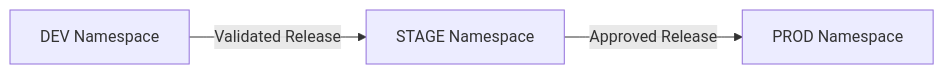
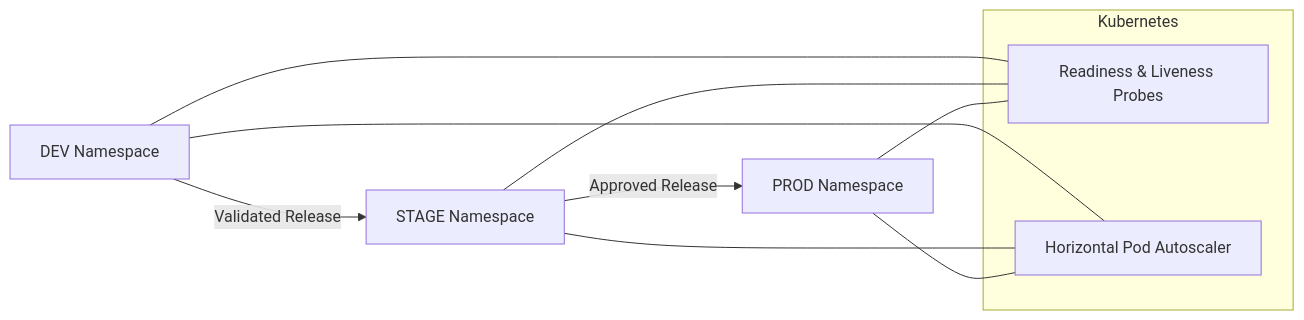
One commit to OhWreckedcom10/Final-Project changed the second of 3 diagrams in README.md. Above: the diagram before and after it, drawn with Mermaid. The commit also changed other lines of this file, not shown here.

````diff
--- a/README.md
+++ b/README.md
@@ -107,13 +107,29 @@
 ```mermaid
 flowchart LR
 
 DEV["DEV Namespace"]
 
 STAGE["STAGE Namespace"]
 
 PROD["PROD Namespace"]
 
 DEV -->|"Validated Release"| STAGE
 
 STAGE -->|"Approved Release"| PROD
+
+subgraph Kubernetes
+
+Health["Readiness & Liveness Probes"]
+
+HPA["Horizontal Pod Autoscaler"]
+
+end
+
+DEV --- Health
+STAGE --- Health
+PROD --- Health
+
+DEV --- HPA
+STAGE --- HPA
+PROD --- HPA
 ```
````
